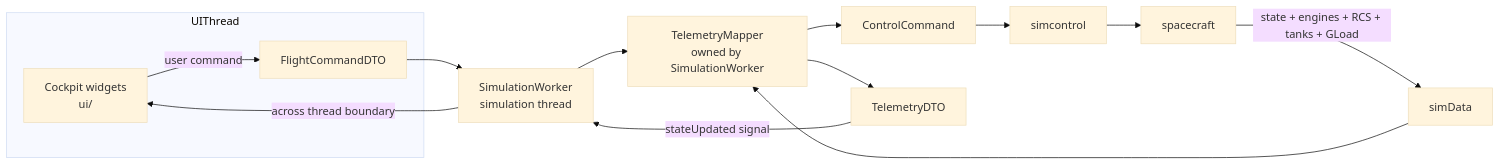
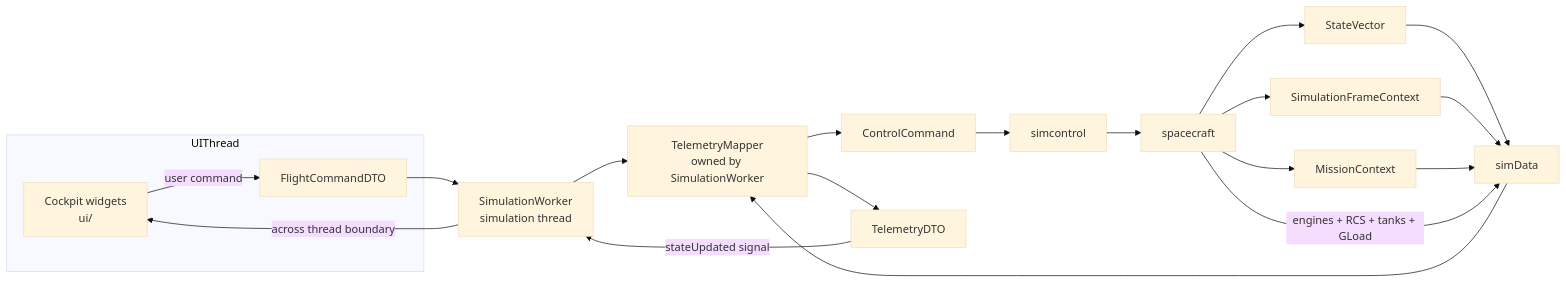
One commit to gerd-lrt-dev/moonlander changed the fifth of 7 diagrams in docs/data-flow-diagrams.md. Above: the diagram before and after it, drawn with Mermaid (base theme). The commit also changed other lines of this file, not shown here.

Commit message:
docs: update data flow diagrams for D31 frame architecture

````diff
--- a/docs/data-flow-diagrams.md
+++ b/docs/data-flow-diagrams.md
@@ -232,28 +349,37 @@
 ```mermaid
 flowchart LR
     subgraph UIThread
         CW[Cockpit widgets<br/>ui/]
         DTO[FlightCommandDTO]
     end
 
     SW[SimulationWorker<br/>simulation thread]
     TM[TelemetryMapper<br/>owned by SimulationWorker]
     CC[ControlCommand]
     SC[simcontrol]
     SC2[spacecraft]
+    SV[StateVector]
+    FC[SimulationFrameContext]
+    MC[MissionContext]
     SD[simData]
     TD[TelemetryDTO]
 
     CW -->|user command| DTO
     DTO --> SW
     SW --> TM
     TM --> CC
     CC --> SC
     SC --> SC2
 
-    SC2 -->|state + engines + RCS + tanks + GLoad| SD
+    SC2 --> SV
+    SC2 --> FC
+    SC2 --> MC
+    SV --> SD
+    FC --> SD
+    MC --> SD
+    SC2 -->|engines + RCS + tanks + GLoad| SD
     SD --> TM
     TM --> TD
     TD -->|stateUpdated signal| SW
     SW -->|across thread boundary| CW
 ```
````
